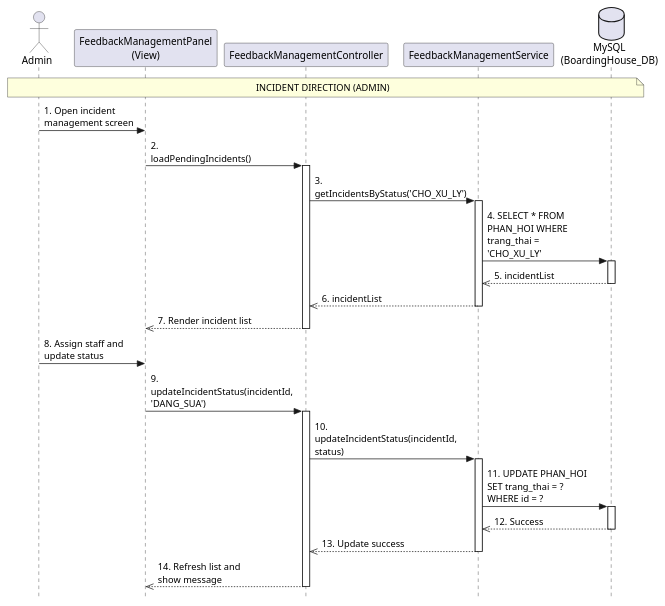
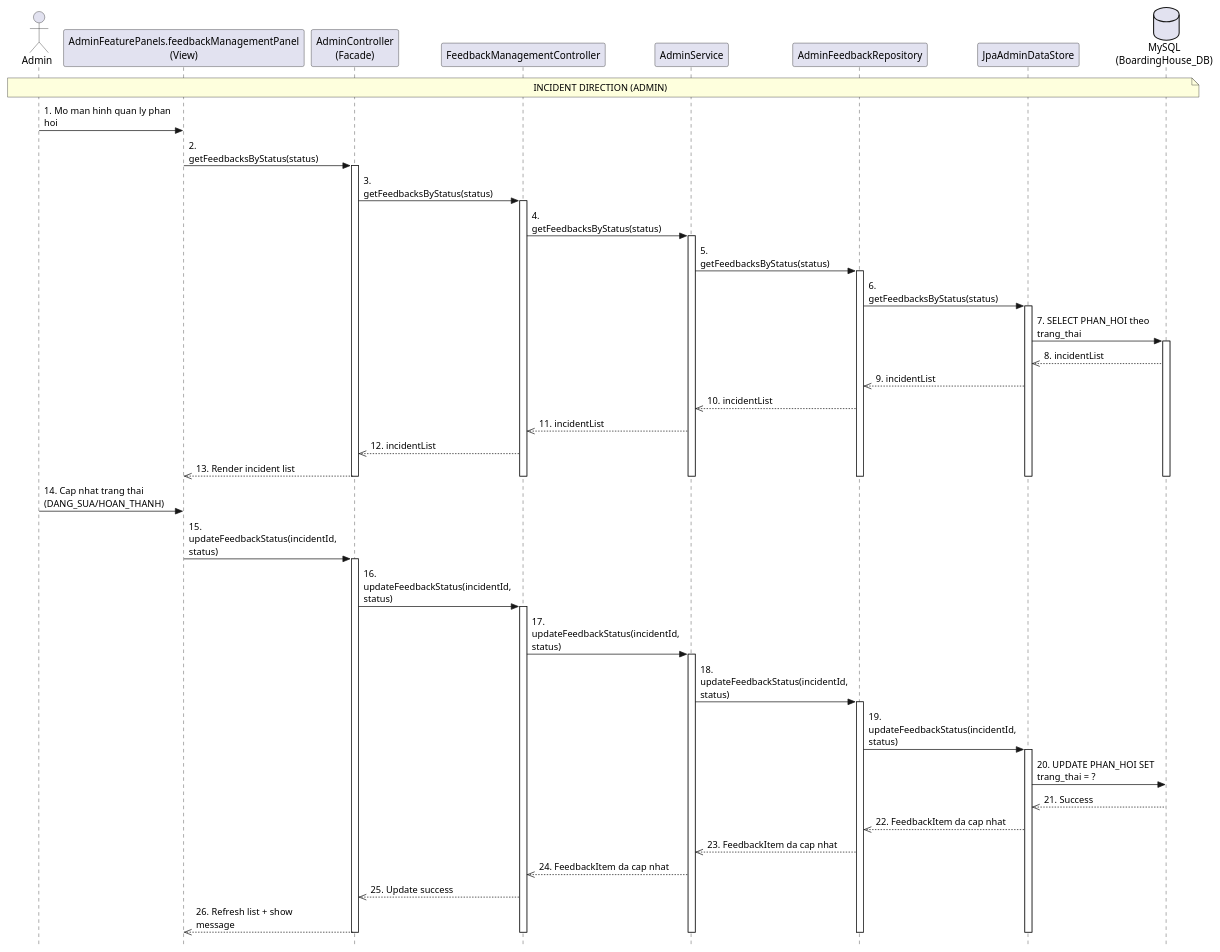
One commit to ongming/Boarding-House-Management-System changed the diagram in src/main/java/com/example/house/uml/sequence/sequence_feedback_direction_admin.puml. Above: the diagram before and after it, drawn with PlantUML. The commit also changed 50 other files, not shown here.

```diff
--- a/src/main/java/com/example/house/uml/sequence/sequence_feedback_direction_admin.puml
+++ b/src/main/java/com/example/house/uml/sequence/sequence_feedback_direction_admin.puml
@@ -1,40 +1,67 @@
 @startuml
 skinparam style strictuml
-skinparam maxMessageSize 150
+skinparam maxMessageSize 190
 
 actor "Admin" as Admin
-participant "FeedbackManagementPanel\n(View)" as View
+participant "AdminFeaturePanels.feedbackManagementPanel\n(View)" as View
+participant "AdminController\n(Facade)" as Facade
 participant "FeedbackManagementController" as Controller
-participant "FeedbackManagementService" as Service
+participant "AdminService" as Service
+participant "AdminFeedbackRepository" as Repository
+participant "JpaAdminDataStore" as DataStore
 database "MySQL\n(BoardingHouse_DB)" as DB
 
 Note over Admin, DB: INCIDENT DIRECTION (ADMIN)
 
-Admin -> View : 1. Open incident management screen
-View -> Controller : 2. loadPendingIncidents()
+Admin -> View : 1. Mo man hinh quan ly phan hoi
+View -> Facade : 2. getFeedbacksByStatus(status)
+activate Facade
+Facade -> Controller : 3. getFeedbacksByStatus(status)
 activate Controller
-Controller -> Service : 3. getIncidentsByStatus('CHO_XU_LY')
+Controller -> Service : 4. getFeedbacksByStatus(status)
 activate Service
-Service -> DB : 4. SELECT * FROM PHAN_HOI WHERE trang_thai = 'CHO_XU_LY'
+Service -> Repository : 5. getFeedbacksByStatus(status)
+activate Repository
+Repository -> DataStore : 6. getFeedbacksByStatus(status)
+activate DataStore
+DataStore -> DB : 7. SELECT PHAN_HOI theo trang_thai
 activate DB
-DB -->> Service : 5. incidentList
-Deactivate DB
-Service -->> Controller : 6. incidentList
-Deactivate Service
-Controller -->> View : 7. Render incident list
-Deactivate Controller
+DB -->> DataStore : 8. incidentList
+DataStore -->> Repository : 9. incidentList
+Repository -->> Service : 10. incidentList
+Service -->> Controller : 11. incidentList
+Controller -->> Facade : 12. incidentList
+Facade -->> View : 13. Render incident list
 
-Admin -> View : 8. Assign staff and update status
-View -> Controller : 9. updateIncidentStatus(incidentId, 'DANG_SUA')
+deactivate DB
+deactivate DataStore
+deactivate Repository
+deactivate Service
+deactivate Controller
+deactivate Facade
+
+Admin -> View : 14. Cap nhat trang thai (DANG_SUA/HOAN_THANH)
+View -> Facade : 15. updateFeedbackStatus(incidentId, status)
+activate Facade
+Facade -> Controller : 16. updateFeedbackStatus(incidentId, status)
 activate Controller
-Controller -> Service : 10. updateIncidentStatus(incidentId, status)
+Controller -> Service : 17. updateFeedbackStatus(incidentId, status)
 activate Service
-Service -> DB : 11. UPDATE PHAN_HOI SET trang_thai = ? WHERE id = ?
-activate DB
-DB -->> Service : 12. Success
-Deactivate DB
-Service -->> Controller : 13. Update success
-Deactivate Service
-Controller -->> View : 14. Refresh list and show message
-Deactivate Controller
+Service -> Repository : 18. updateFeedbackStatus(incidentId, status)
+activate Repository
+Repository -> DataStore : 19. updateFeedbackStatus(incidentId, status)
+activate DataStore
+DataStore -> DB : 20. UPDATE PHAN_HOI SET trang_thai = ?
+DB -->> DataStore : 21. Success
+DataStore -->> Repository : 22. FeedbackItem da cap nhat
+Repository -->> Service : 23. FeedbackItem da cap nhat
+Service -->> Controller : 24. FeedbackItem da cap nhat
+Controller -->> Facade : 25. Update success
+Facade -->> View : 26. Refresh list + show message
+
+deactivate DataStore
+deactivate Repository
+deactivate Service
+deactivate Controller
+deactivate Facade
 @enduml
```
